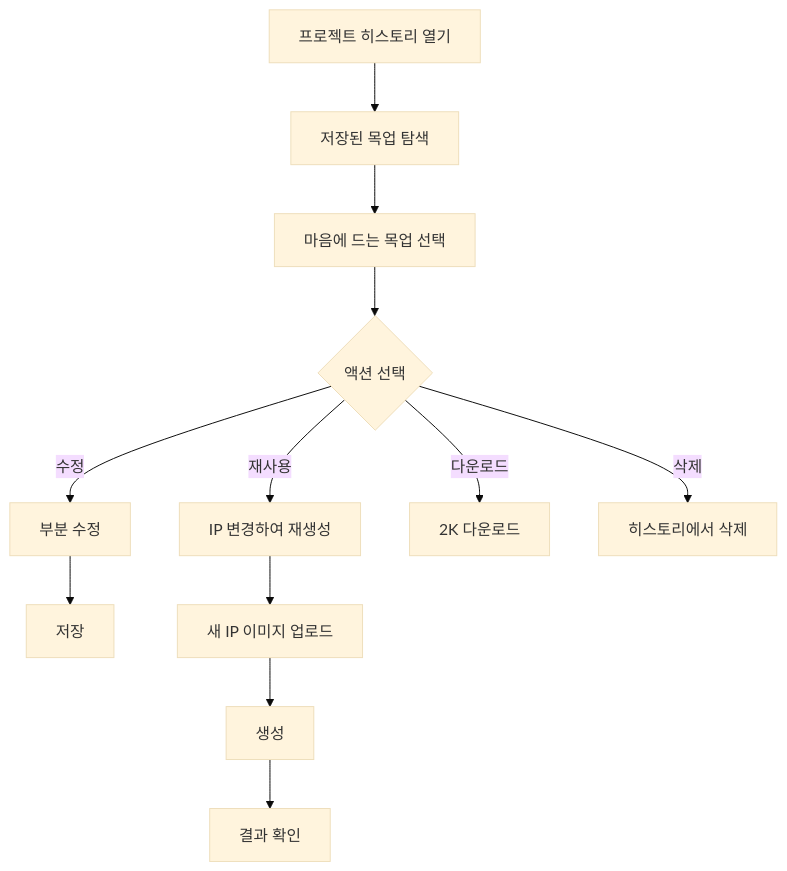
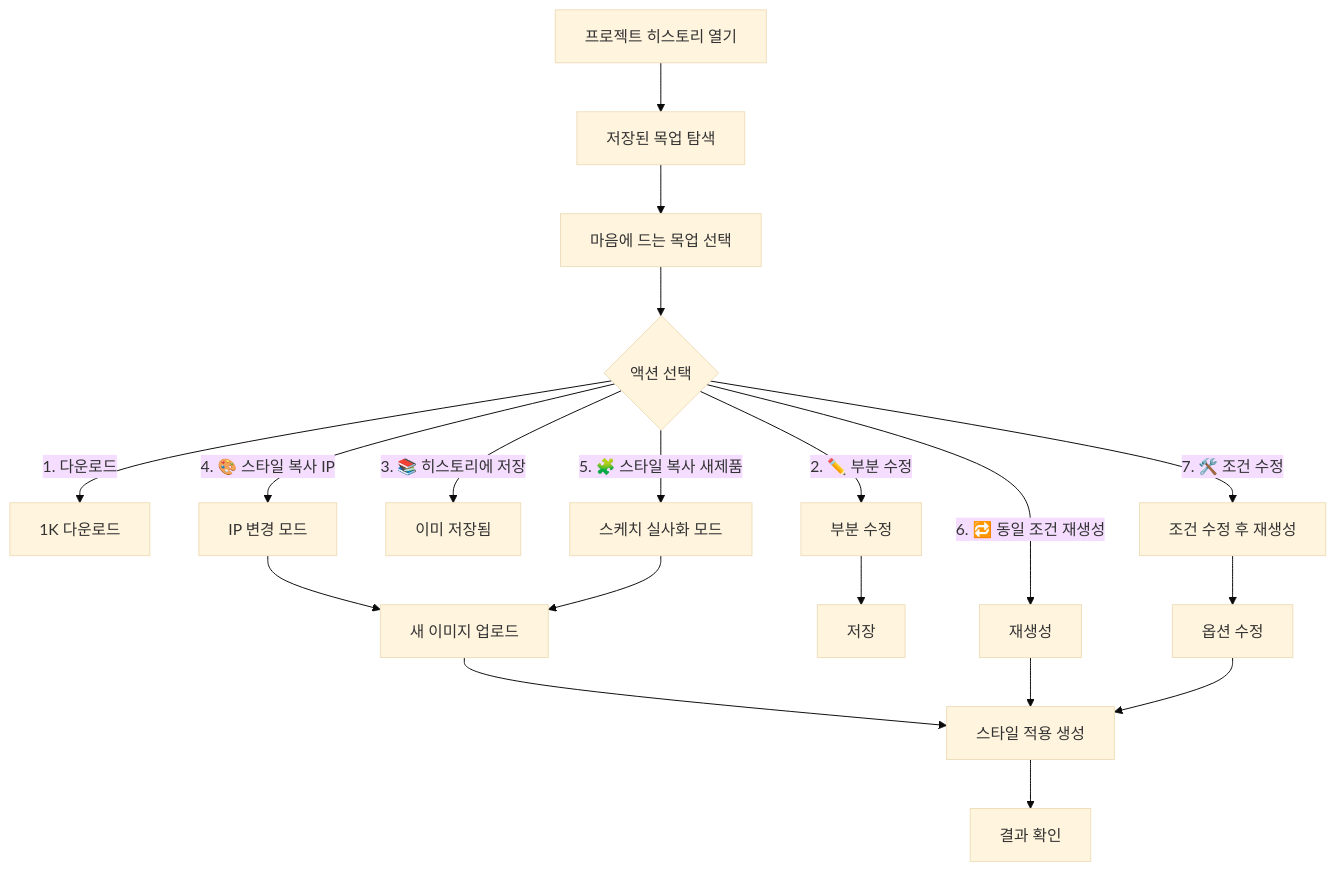
Before and after one commit to sangwopark19/icons-ai-mockup: the fourth of 11 diagrams in docs/USER_JOURNEY.md, drawn with Mermaid (base theme). The commit also changed other lines of this file and 7 other files, not shown here.

````diff
--- a/docs/USER_JOURNEY.md
+++ b/docs/USER_JOURNEY.md
@@ -191,16 +191,23 @@
 ```mermaid
 flowchart TB
     Start[프로젝트 히스토리 열기] --> Browse[저장된 목업 탐색]
     Browse --> Select[마음에 드는 목업 선택]
     Select --> Action{액션 선택}
-    
-    Action -->|수정| Edit[부분 수정]
-    Action -->|재사용| Reuse[IP 변경하여 재생성]
-    Action -->|다운로드| Download[2K 다운로드]
-    Action -->|삭제| Delete[히스토리에서 삭제]
-    
+
+    Action -->|1. 다운로드| Download[1K 다운로드]
+    Action -->|2. ✏️ 부분 수정| Edit[부분 수정]
+    Action -->|3. 📚 히스토리에 저장| AlreadySaved[이미 저장됨]
+    Action -->|4. 🎨 스타일 복사 IP| StyleIP[IP 변경 모드]
+    Action -->|5. 🧩 스타일 복사 새제품| StyleSketch[스케치 실사화 모드]
+    Action -->|6. 🔁 동일 조건 재생성| Regenerate[재생성]
+    Action -->|7. 🛠️ 조건 수정| ModifyRegenerate[조건 수정 후 재생성]
+
     Edit --> Save[저장]
-    Reuse --> NewUpload[새 IP 이미지 업로드]
-    NewUpload --> Generate[생성]
+    StyleIP --> NewUpload[새 이미지 업로드]
+    StyleSketch --> NewUpload
+    NewUpload --> Generate[스타일 적용 생성]
+    Regenerate --> Generate
+    ModifyRegenerate --> ModifyOptions[옵션 수정]
+    ModifyOptions --> Generate
     Generate --> Result[결과 확인]
 ```
````
